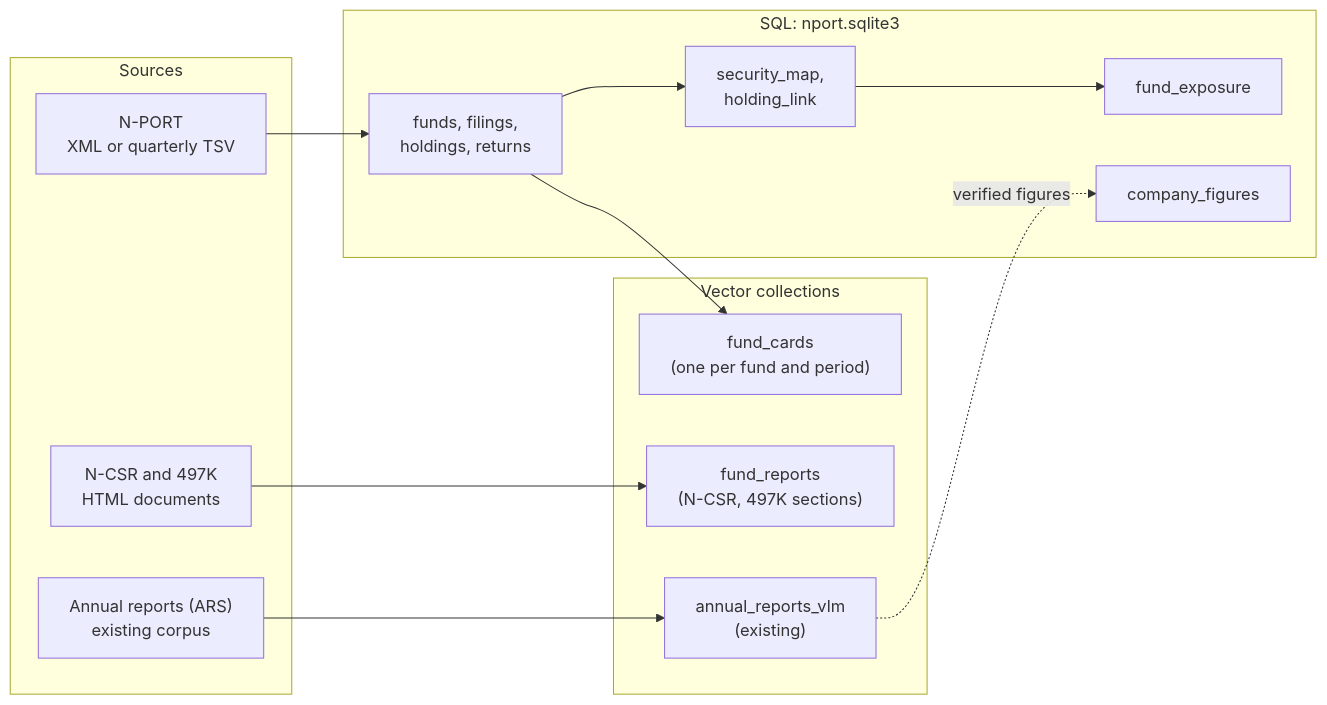
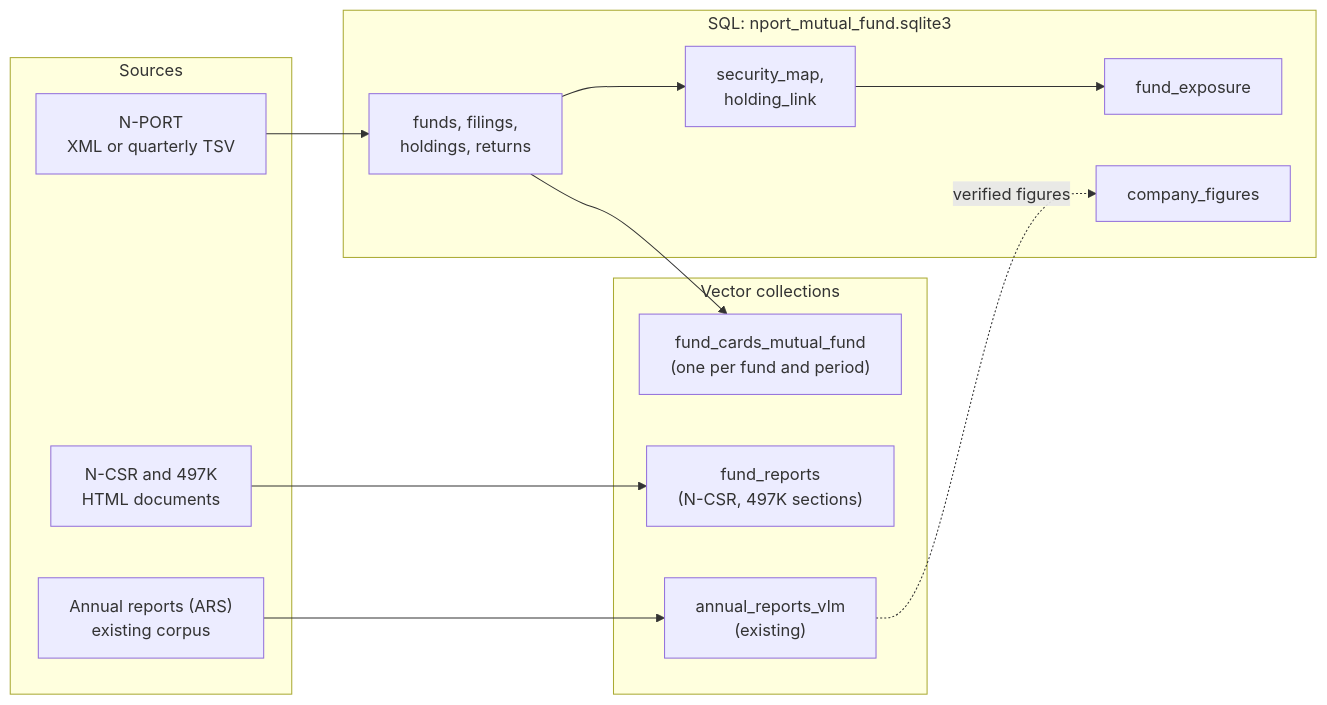
The first of 2 diagrams in docs/mutual_fund_rag_design.md (rama159065/Capstone), drawn with Mermaid before and after one commit. The commit also changed other lines of this file and 25 other files, not shown here.

````diff
--- a/docs/mutual_fund_rag_design.md
+++ b/docs/mutual_fund_rag_design.md
@@ -150,24 +150,24 @@
 ```mermaid
 flowchart LR
   subgraph Sources
     NP["N-PORT<br>XML or quarterly TSV"]
     NC["N-CSR and 497K<br>HTML documents"]
     AR["Annual reports (ARS)<br>existing corpus"]
   end
-  subgraph SQL["SQL: nport.sqlite3"]
+  subgraph SQL["SQL: nport_mutual_fund.sqlite3"]
     T1["funds, filings,<br>holdings, returns"]
     T2["security_map,<br>holding_link"]
     T3["fund_exposure"]
     T4["company_figures"]
   end
   subgraph Vectors["Vector collections"]
     V1["annual_reports_vlm<br>(existing)"]
     V2["fund_reports<br>(N-CSR, 497K sections)"]
-    V3["fund_cards<br>(one per fund and period)"]
+    V3["fund_cards_mutual_fund<br>(one per fund and period)"]
   end
   NP --> T1 --> T2 --> T3
   T1 --> V3
   NC --> V2
   AR --> V1
   V1 -. "verified figures" .-> T4
 ```
````
